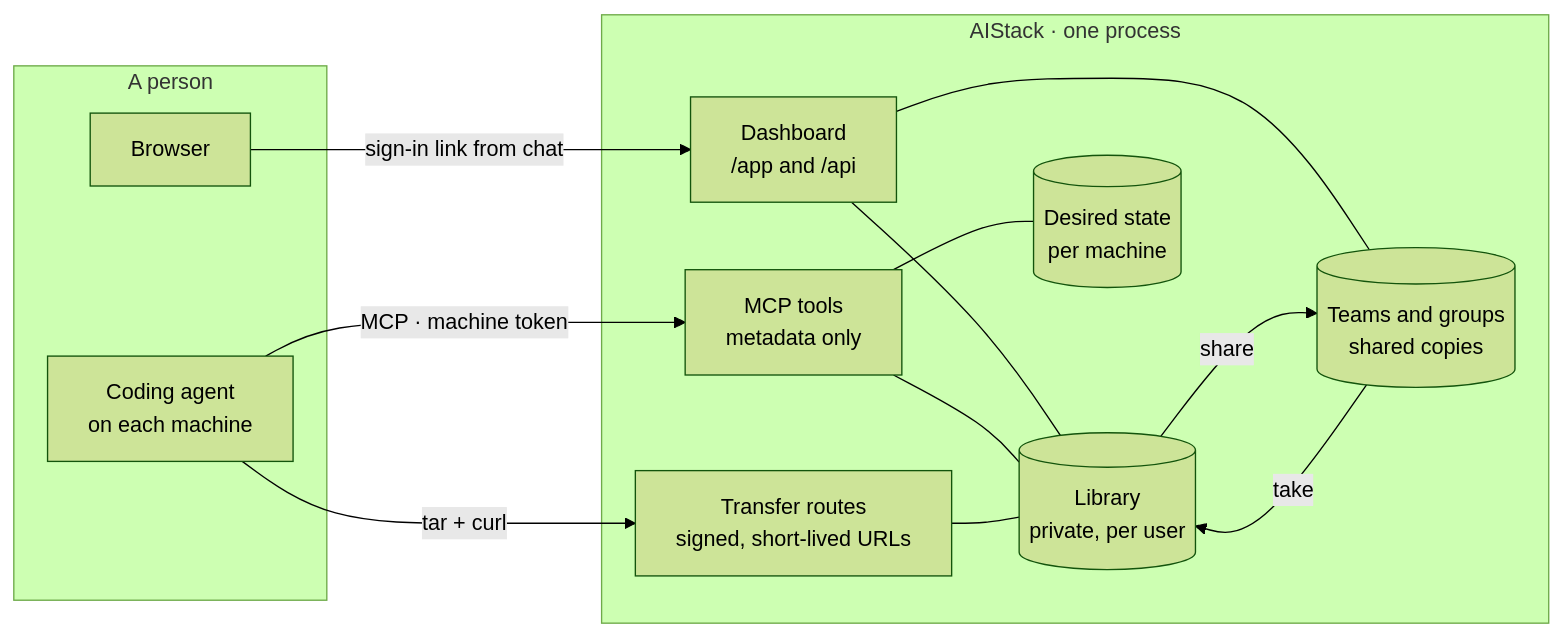
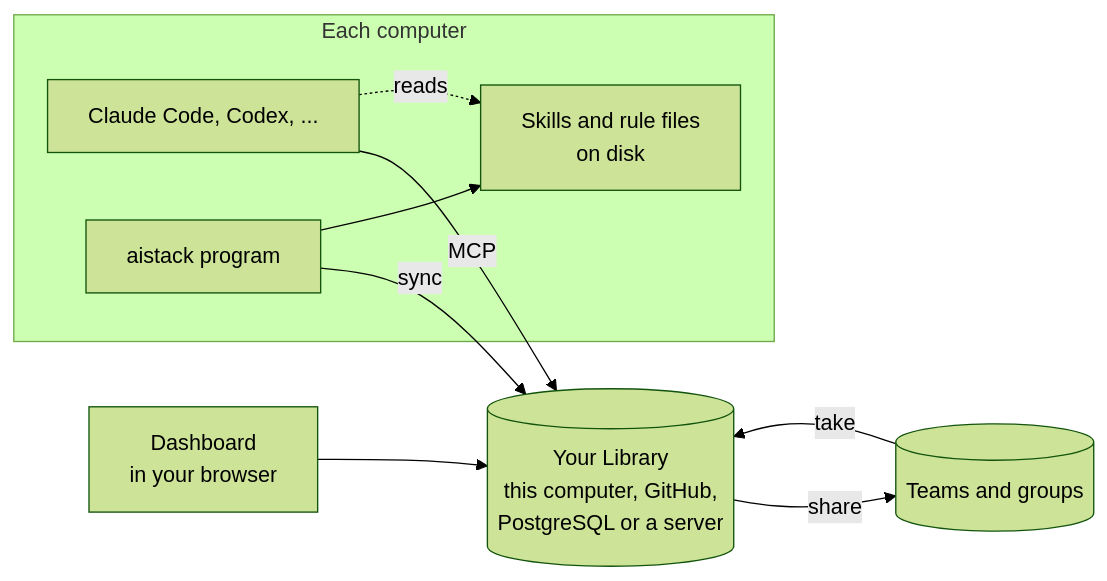
Before and after one commit to Vamsi-2581/AIStack: the diagram in README.md, drawn with Mermaid (forest theme). The commit also changed other lines of this file and 10 other files, not shown here.

````diff
--- a/README.md
+++ b/README.md
@@ -148,26 +79,19 @@
 ```mermaid
 flowchart LR
-    subgraph people["A person"]
-        browser["Browser"]
-        agent["Coding agent<br/>on each machine"]
+    browser["Dashboard<br/>in your browser"]
+    subgraph computer["Each computer"]
+        agent["Claude Code, Codex, ..."]
+        program["aistack program"]
+        files["Skills and rule files<br/>on disk"]
     end
-    subgraph server["AIStack · one process"]
-        dash["Dashboard<br/>/app and /api"]
-        tools["MCP tools<br/>metadata only"]
-        routes["Transfer routes<br/>signed, short-lived URLs"]
-        mine[("Library<br/>private, per user")]
-        teams[("Teams and groups<br/>shared copies")]
-        desired[("Desired state<br/>per machine")]
-    end
+    library[("Your Library<br/>this computer, GitHub,<br/>PostgreSQL or a server")]
+    team[("Teams and groups")]
 
-    browser -- "sign-in link from chat" --> dash
-    agent -- "MCP · machine token" --> tools
-    agent -- "tar + curl" --> routes
-    dash --- mine
-    dash --- teams
-    tools --- mine
-    tools --- desired
-    routes --- mine
-    mine -- "share" --> teams
-    teams -- "take" --> mine
+    agent -- "MCP" --> library
+    program -- "sync" --> library
+    program --> files
+    agent -. reads .-> files
+    browser --> library
+    library -- "share" --> team
+    team -- "take" --> library
 ```
````
